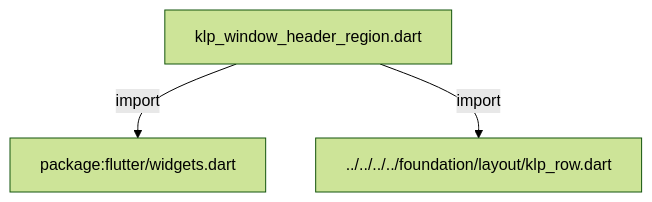
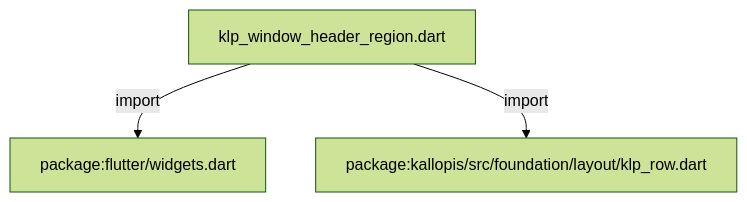
One commit to MiuDog/Kallopis changed the diagram in docs/architecture/src/features/workspace/shell/internal/klp_window_header_region.md. Above: the diagram before and after it, drawn with Mermaid (forest theme). The commit also changed other lines of this file and 9688 other files, not shown here.

Commit message:
Prepare isolated Flow F2 peer baseline

````diff
--- a/docs/architecture/src/features/workspace/shell/internal/klp_window_header_region.md
+++ b/docs/architecture/src/features/workspace/shell/internal/klp_window_header_region.md
@@ -11,8 +11,8 @@
 ```mermaid
 flowchart TD
 	n0["klp_window_header_region.dart"]
 	n1["package:flutter/widgets.dart"]
-	n2["../../../../foundation/layout/klp_row.dart"]
+	n2["package:kallopis/src/foundation/layout/klp_row.dart"]
 	n0 -->|"import"| n1
 	n0 -->|"import"| n2
 ```
````
